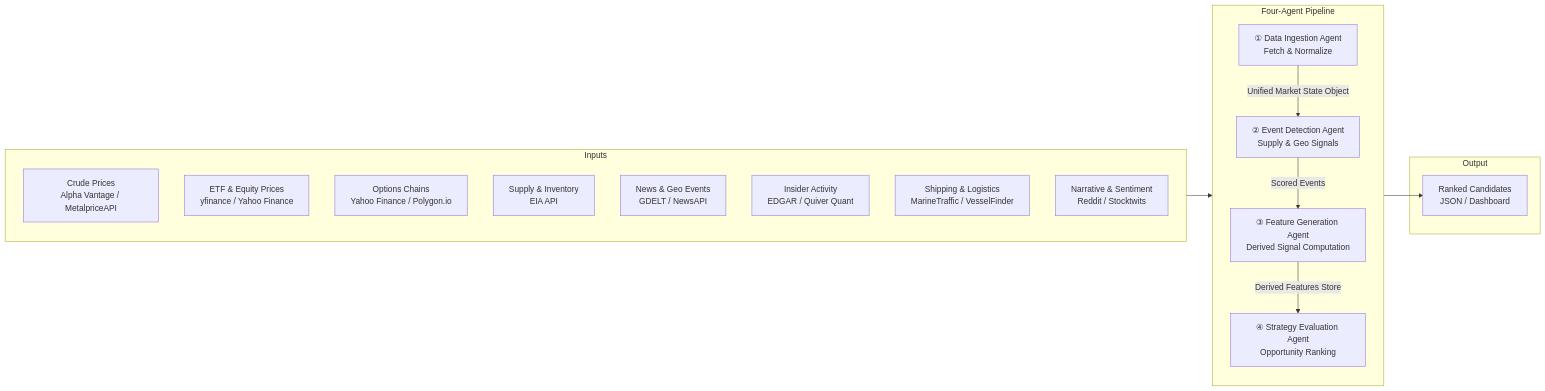
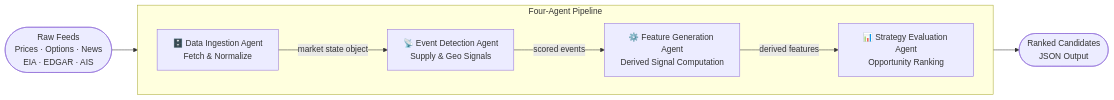
Before and after one commit to jeisenback/golden_boy_peanuts: the first of 2 diagrams in docs/generated/user_guide_full-pipeline.md, drawn with Mermaid. The commit also changed other lines of this file, not shown here.

````diff
--- a/docs/generated/user_guide_full-pipeline.md
+++ b/docs/generated/user_guide_full-pipeline.md
@@ -25,31 +25,18 @@
 ```mermaid
 flowchart LR
-    subgraph Inputs
-        A1[Crude Prices\nAlpha Vantage / MetalpriceAPI]
-        A2[ETF & Equity Prices\nyfinance / Yahoo Finance]
-        A3[Options Chains\nYahoo Finance / Polygon.io]
-        A4[Supply & Inventory\nEIA API]
-        A5[News & Geo Events\nGDELT / NewsAPI]
-        A6[Insider Activity\nEDGAR / Quiver Quant]
-        A7[Shipping & Logistics\nMarineTraffic / VesselFinder]
-        A8[Narrative & Sentiment\nReddit / Stocktwits]
+    A([Raw Feeds\nPrices · Options · News\nEIA · EDGAR · AIS]) --> B
+
+    subgraph pipeline [Four-Agent Pipeline]
+        direction LR
+        B["🗄️ Data Ingestion Agent\nFetch & Normalize"]
+        C["📡 Event Detection Agent\nSupply & Geo Signals"]
+        D["⚙️ Feature Generation Agent\nDerived Signal Computation"]
+        E["📊 Strategy Evaluation Agent\nOpportunity Ranking"]
+
+        B -->|market state object| C
+        C -->|scored events| D
+        D -->|derived features| E
     end
 
-    subgraph Pipeline ["Four-Agent Pipeline"]
-        direction TB
-        B1["① Data Ingestion Agent\nFetch & Normalize"]
-        B2["② Event Detection Agent\nSupply & Geo Signals"]
-        B3["③ Feature Generation Agent\nDerived Signal Computation"]
-        B4["④ Strategy Evaluation Agent\nOpportunity Ranking"]
-    end
-
-    subgraph Output
-        C1[Ranked Candidates\nJSON / Dashboard]
-    end
-
-    Inputs --> B1
-    B1 -->|Unified Market State Object| B2
-    B2 -->|Scored Events| B3
-    B3 -->|Derived Features Store| B4
-    B4 --> C1
+    E --> F([Ranked Candidates\nJSON Output])
 ```
````
